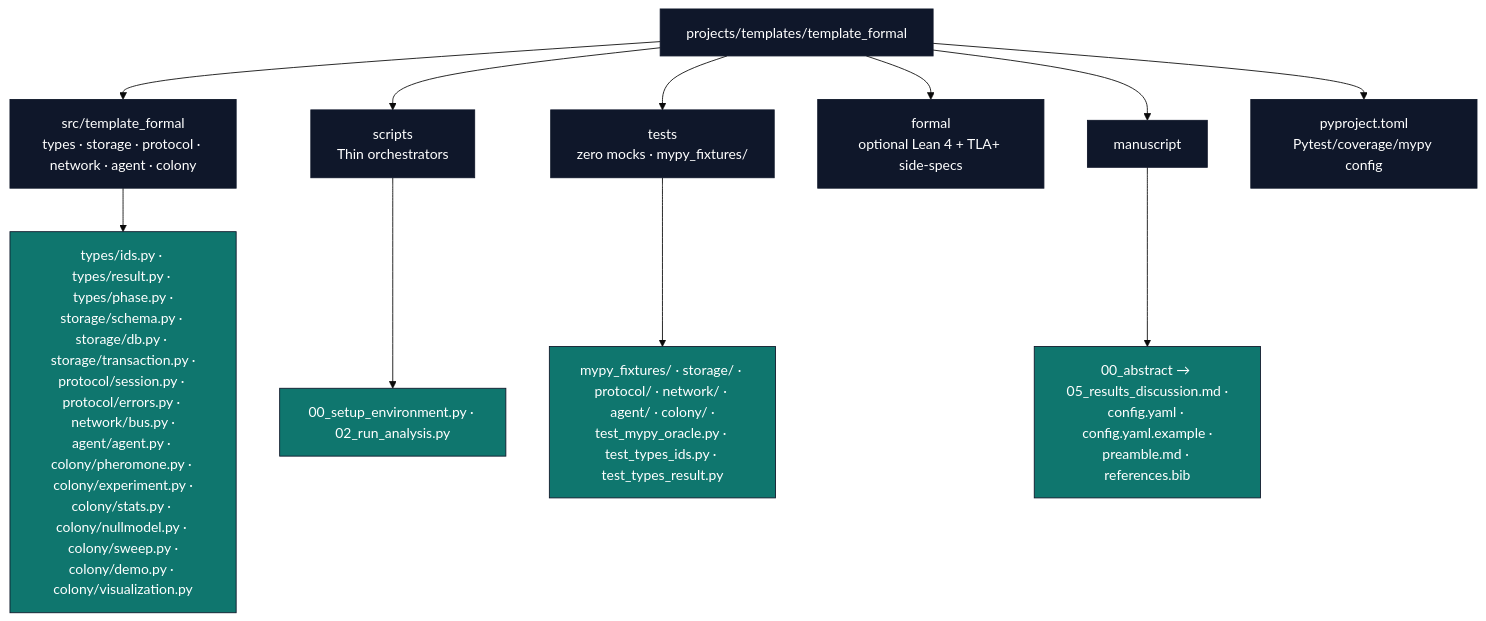
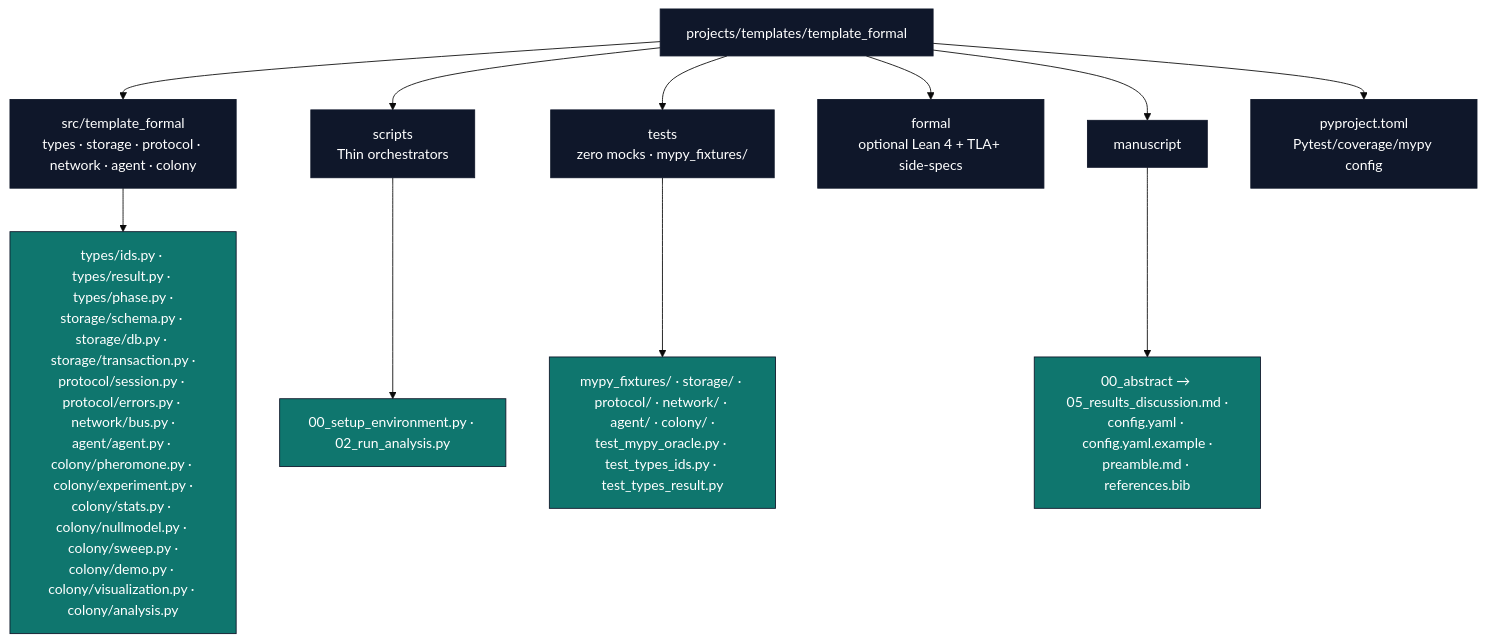
The diagram in projects/templates/template_formal/AGENTS.md (docxology/template), drawn with Mermaid (base theme) before and after one commit. The commit also changed 1741 other files, not shown here.

````diff
--- a/projects/templates/template_formal/AGENTS.md
+++ b/projects/templates/template_formal/AGENTS.md
@@ -83,22 +83,22 @@
 ```mermaid
 flowchart TB
     P[projects/templates/template_formal]
     P --> SRC[src/template_formal<br/>types · storage · protocol · network · agent · colony]
     P --> SC[scripts<br/>Thin orchestrators]
     P --> T[tests<br/>zero mocks · mypy_fixtures/]
     P --> FRM[formal<br/>optional Lean 4 + TLA+ side-specs]
     P --> M[manuscript]
     P --> PY[pyproject.toml<br/>Pytest/coverage/mypy config]
 
-    SRC --> SRC_F[types/ids.py · types/result.py · types/phase.py ·<br/>storage/schema.py · storage/db.py · storage/transaction.py ·<br/>protocol/session.py · protocol/errors.py · network/bus.py ·<br/>agent/agent.py · colony/pheromone.py · colony/experiment.py ·<br/>colony/stats.py · colony/nullmodel.py · colony/sweep.py ·<br/>colony/demo.py · colony/visualization.py]
+    SRC --> SRC_F[types/ids.py · types/result.py · types/phase.py ·<br/>storage/schema.py · storage/db.py · storage/transaction.py ·<br/>protocol/session.py · protocol/errors.py · network/bus.py ·<br/>agent/agent.py · colony/pheromone.py · colony/experiment.py ·<br/>colony/stats.py · colony/nullmodel.py · colony/sweep.py ·<br/>colony/demo.py · colony/visualization.py · colony/analysis.py]
     SC --> SC_F[00_setup_environment.py · 02_run_analysis.py]
     T --> T_F[mypy_fixtures/ · storage/ · protocol/ · network/ · agent/ · colony/ ·<br/>test_mypy_oracle.py · test_types_ids.py · test_types_result.py]
     M --> M_F[00_abstract → 05_results_discussion.md ·<br/>config.yaml · config.yaml.example ·<br/>preamble.md · references.bib]
 
     classDef d fill:#0f172a,stroke:#0f172a,color:#fff
     classDef pkg fill:#1e3a8a,stroke:#0f172a,color:#fff
     classDef f fill:#0f766e,stroke:#0f172a,color:#fff
     class P d
     class SRC,SC,T,FRM,M,PY d
     class SRC_F,SC_F,T_F,M_F f
 ```
````
